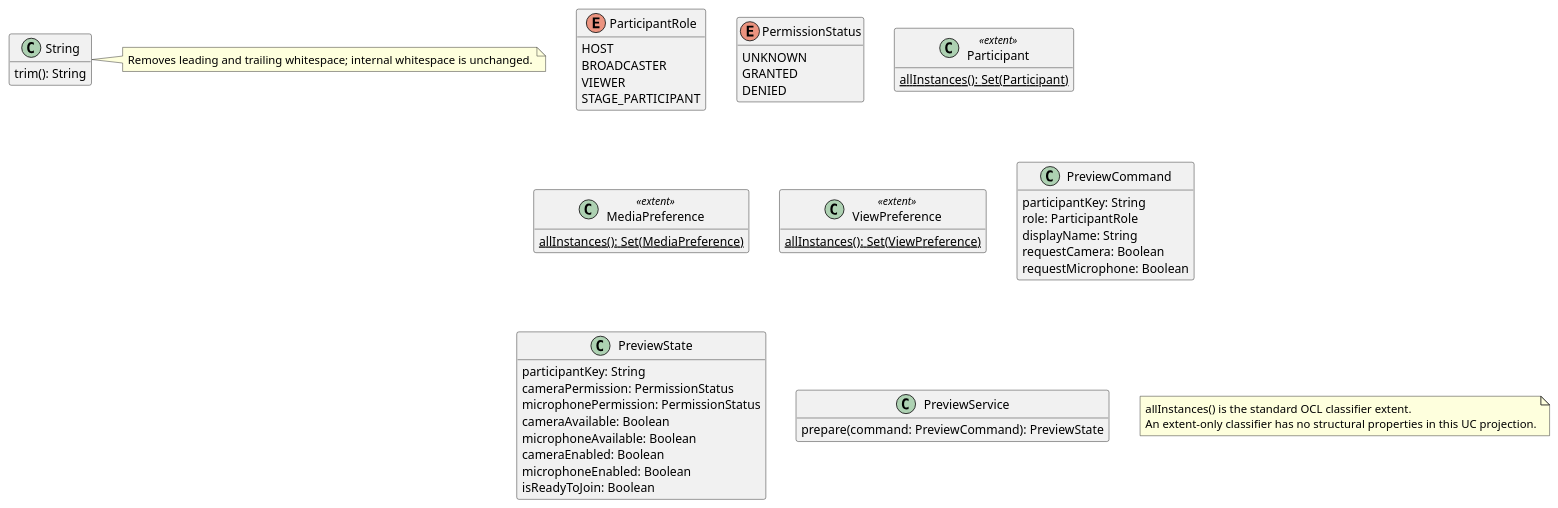
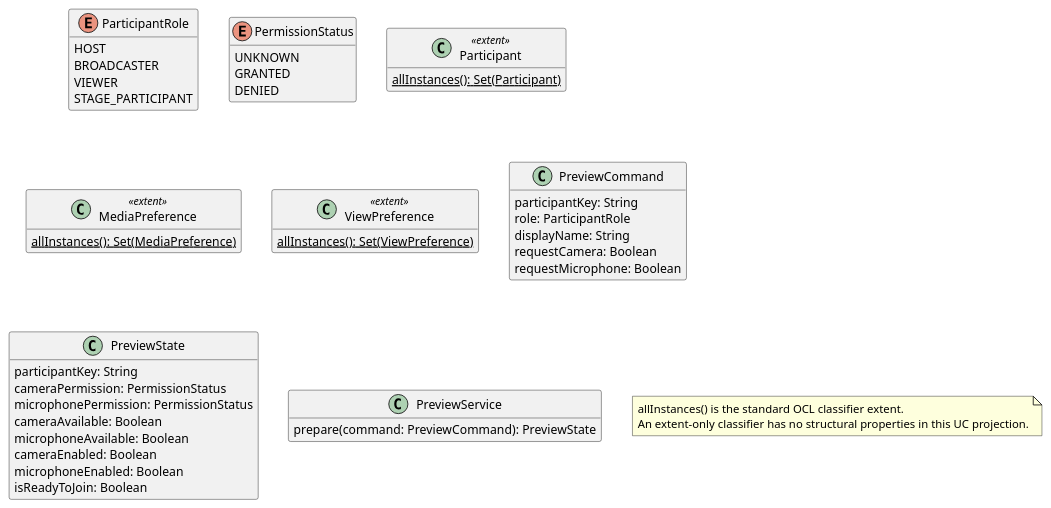
Before and after one commit to tudzct/business-vibe-coding: the diagram in docs/01-inception/use-cases/uc-01-review-join-preview-and-permissions.md, drawn with PlantUML. The commit also changed 19 other files, not shown here.

```diff
--- a/docs/01-inception/use-cases/uc-01-review-join-preview-and-permissions.md
+++ b/docs/01-inception/use-cases/uc-01-review-join-preview-and-permissions.md
@@ -85,52 +85,46 @@
 ~~~plantuml
 @startuml
 hide empty members
 enum ParticipantRole {
   HOST
   BROADCASTER
   VIEWER
   STAGE_PARTICIPANT
 }
 enum PermissionStatus {
   UNKNOWN
   GRANTED
   DENIED
-}
-class String {
-  trim(): String
 }
 class Participant <<extent>> {
   {static} allInstances(): Set(Participant)
 }
 class MediaPreference <<extent>> {
   {static} allInstances(): Set(MediaPreference)
 }
 class ViewPreference <<extent>> {
   {static} allInstances(): Set(ViewPreference)
 }
 class PreviewCommand {
   participantKey: String
   role: ParticipantRole
   displayName: String
   requestCamera: Boolean
   requestMicrophone: Boolean
 }
 class PreviewState {
   participantKey: String
   cameraPermission: PermissionStatus
   microphonePermission: PermissionStatus
   cameraAvailable: Boolean
   microphoneAvailable: Boolean
   cameraEnabled: Boolean
   microphoneEnabled: Boolean
   isReadyToJoin: Boolean
 }
 class PreviewService {
   prepare(command: PreviewCommand): PreviewState
 }
 note "allInstances() is the standard OCL classifier extent.\nAn extent-only classifier has no structural properties in this UC projection." as ExtentSemantics
-note right of String
-Removes leading and trailing whitespace; internal whitespace is unchanged.
-end note
 @enduml
 ~~~
```
